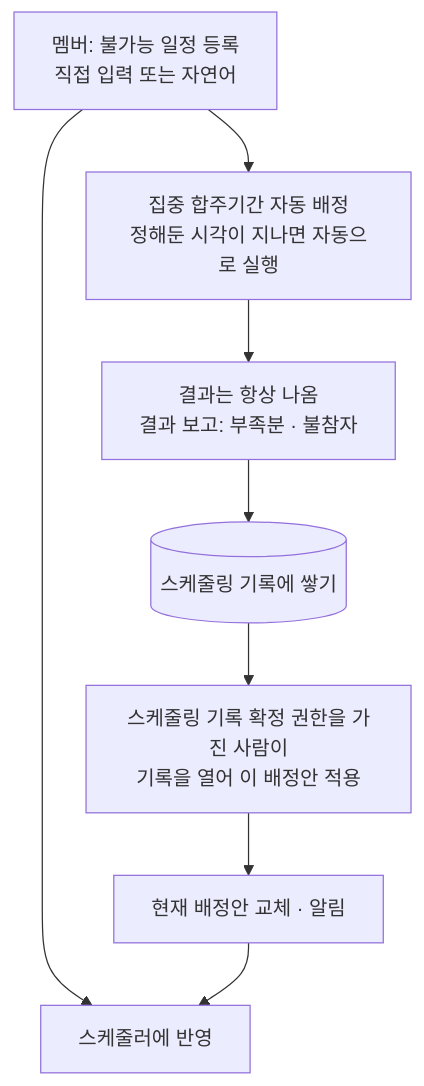
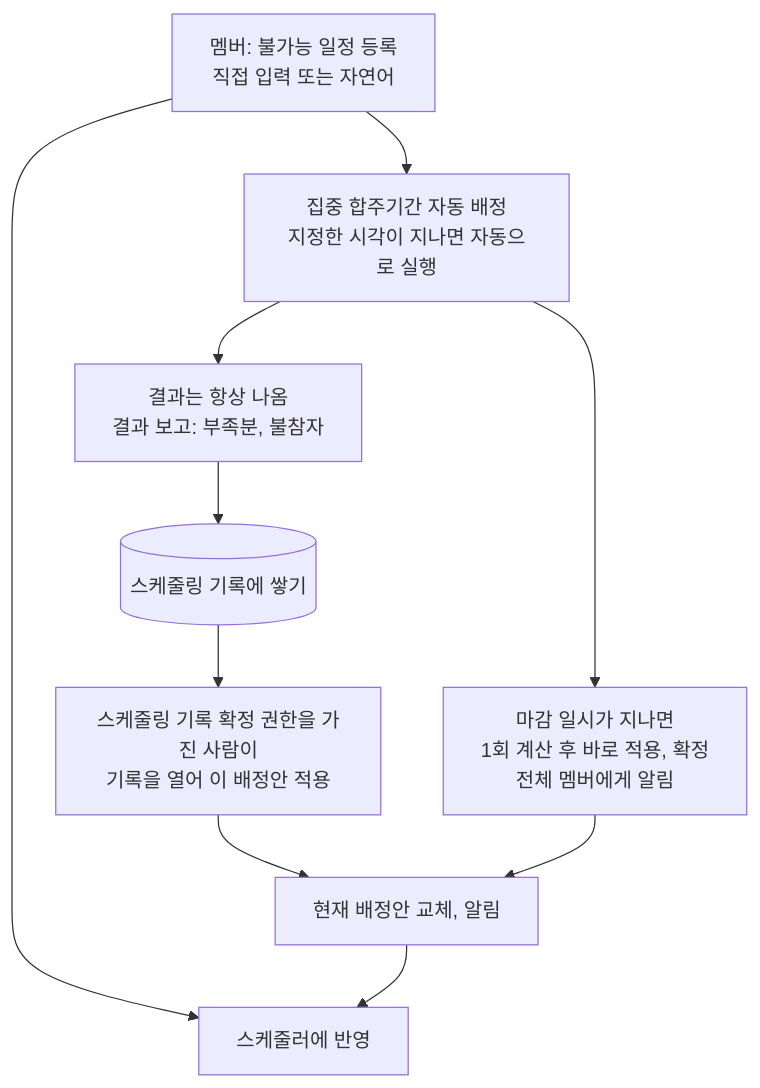
One commit to minkong-dev/Banblit changed the diagram in .cluedoc/Banblit.md. Above: the diagram before and after it, drawn with Mermaid. The commit also changed other lines of this file and 21 other files, not shown here.

````diff
--- a/.cluedoc/Banblit.md
+++ b/.cluedoc/Banblit.md
@@ -8,10 +8,12 @@
 ```mermaid
 flowchart TD
     M[멤버: 불가능 일정 등록<br/>직접 입력 또는 자연어] --> S[스케줄러에 반영]
-    M --> AA[집중 합주기간 자동 배정<br/>정해둔 시각이 지나면 자동으로 실행]
-    AA --> R[결과는 항상 나옴<br/>결과 보고: 부족분 · 불참자]
+    M --> AA[집중 합주기간 자동 배정<br/>지정한 시각이 지나면 자동으로 실행]
+    AA --> R[결과는 항상 나옴<br/>결과 보고: 부족분, 불참자]
     R --> B[(스케줄링 기록에 쌓기)]
     B --> H[스케줄링 기록 확정 권한을 가진 사람이<br/>기록을 열어 이 배정안 적용]
-    H --> C[현재 배정안 교체 · 알림]
+    H --> C[현재 배정안 교체, 알림]
+    AA --> X[마감 일시가 지나면<br/>1회 계산 후 바로 적용, 확정<br/>전체 멤버에게 알림]
+    X --> C
     C --> S
 ```
````
